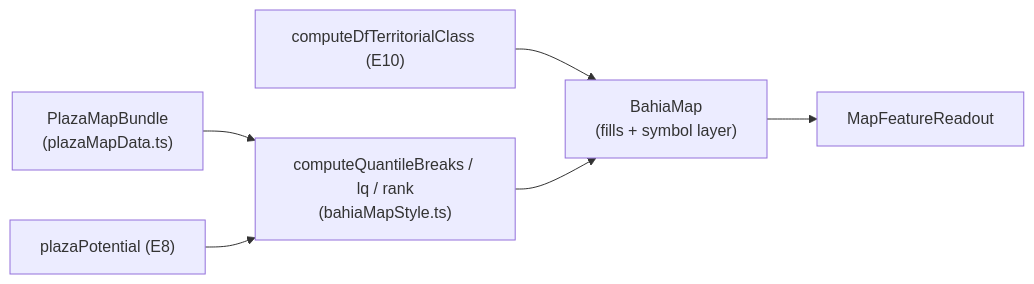
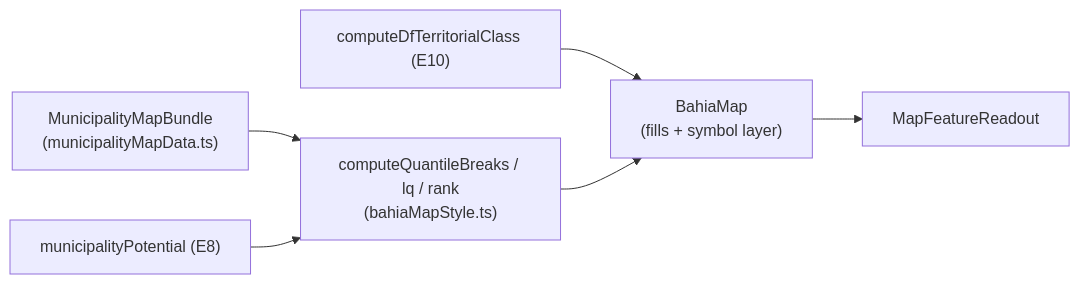
The diagram in docs/plans/escala-relativa-mapa.md (fsolla/teqo), drawn with Mermaid before and after one commit. The commit also changed other lines of this file and 41 other files, not shown here.

````diff
--- a/docs/plans/escala-relativa-mapa.md
+++ b/docs/plans/escala-relativa-mapa.md
@@ -49,14 +49,14 @@
 ```mermaid
 flowchart LR
-    Bundle["PlazaMapBundle<br/>(plazaMapData.ts)"]
-    Pot["plazaPotential (E8)"]
+    Bundle["MunicipalityMapBundle<br/>(municipalityMapData.ts)"]
+    Pot["municipalityPotential (E8)"]
     Class["computeDfTerritorialClass (E10)"]
     Breaks["computeQuantileBreaks / lq / rank<br/>(bahiaMapStyle.ts)"]
     Map["BahiaMap<br/>(fills + symbol layer)"]
     Readout["MapFeatureReadout"]
     Bundle --> Breaks
     Pot --> Breaks
     Class --> Map
     Breaks --> Map
     Map --> Readout
 ```
````
